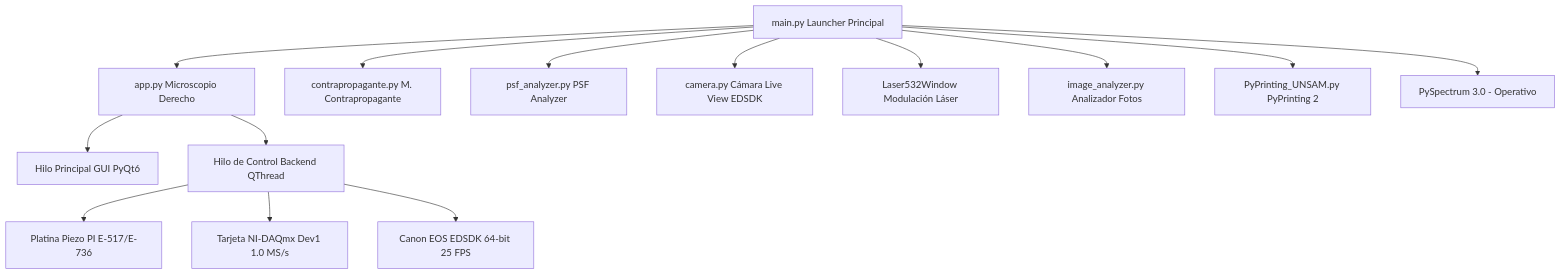
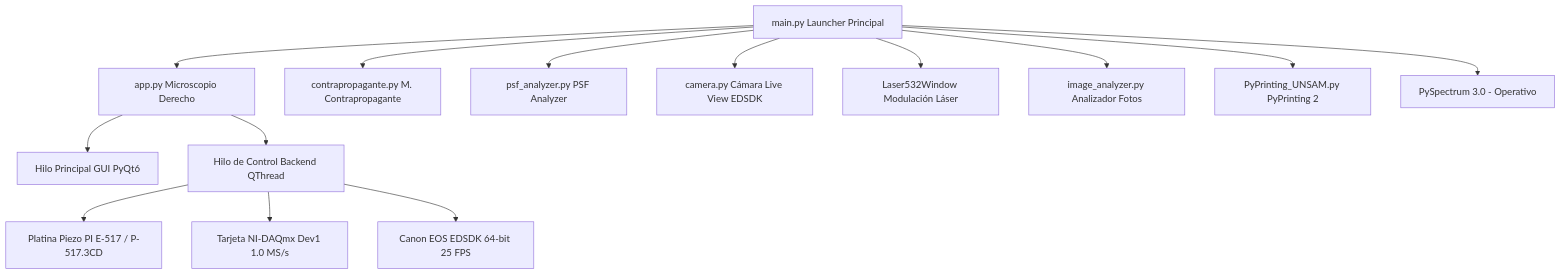
The first of 3 diagrams in docs/MANUAL_USUARIO.md (joselitog1999/pyprinting_3.0), drawn with Mermaid before and after one commit. The commit also changed other lines of this file and 10 other files, not shown here.

````diff
--- a/docs/MANUAL_USUARIO.md
+++ b/docs/MANUAL_USUARIO.md
@@ -68,18 +122,18 @@
 ```mermaid
 graph TD
     Launcher[main.py Launcher Principal] --> App[app.py Microscopio Derecho]
     Launcher --> Contra[contrapropagante.py M. Contrapropagante]
     Launcher --> PSF[psf_analyzer.py PSF Analyzer]
     Launcher --> Cam[camera.py Cámara Live View EDSDK]
     Launcher --> Laser[Laser532Window Modulación Láser]
     Launcher --> Img[image_analyzer.py Analizador Fotos]
     Launcher --> P2[PyPrinting_UNSAM.py PyPrinting 2]
     Launcher --> Spectrum[PySpectrum 3.0 - Operativo]
 
     App --> UIThread[Hilo Principal GUI PyQt6]
     App --> WorkerThread[Hilo de Control Backend QThread]
 
-    WorkerThread --> PI[Platina Piezo PI E-517/E-736]
+    WorkerThread --> PI[Platina Piezo PI E-517 / P-517.3CD]
     WorkerThread --> NIDAQ[Tarjeta NI-DAQmx Dev1 1.0 MS/s]
     WorkerThread --> Canon[Canon EOS EDSDK 64-bit 25 FPS]
 ```
````
